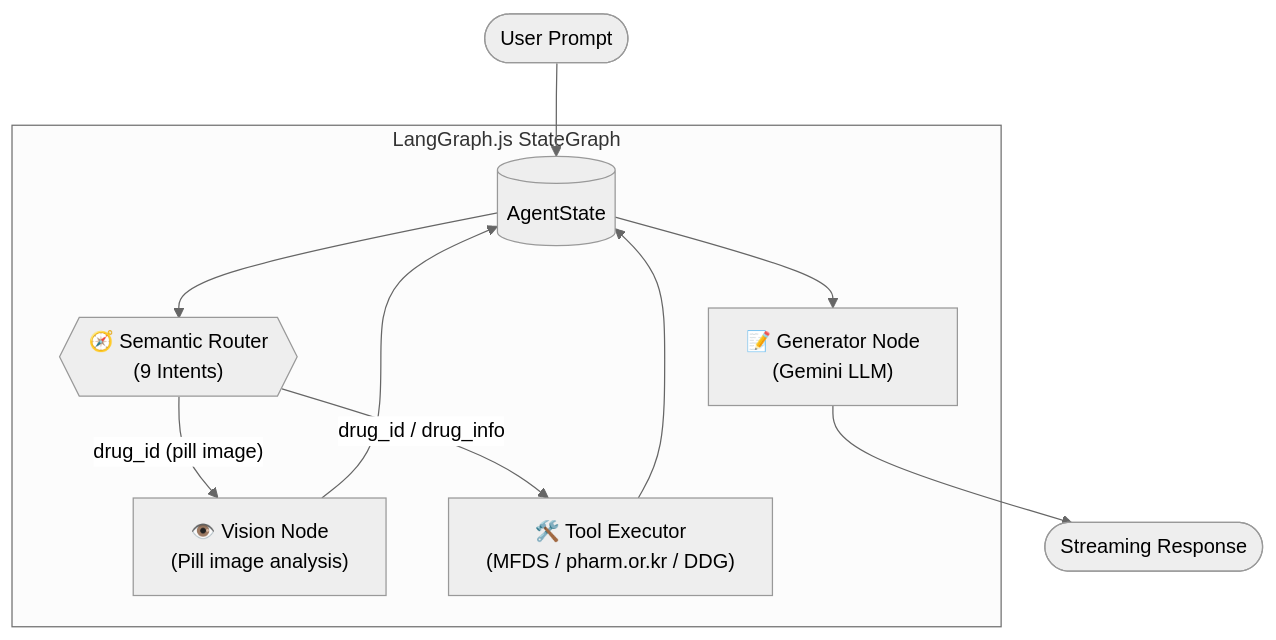
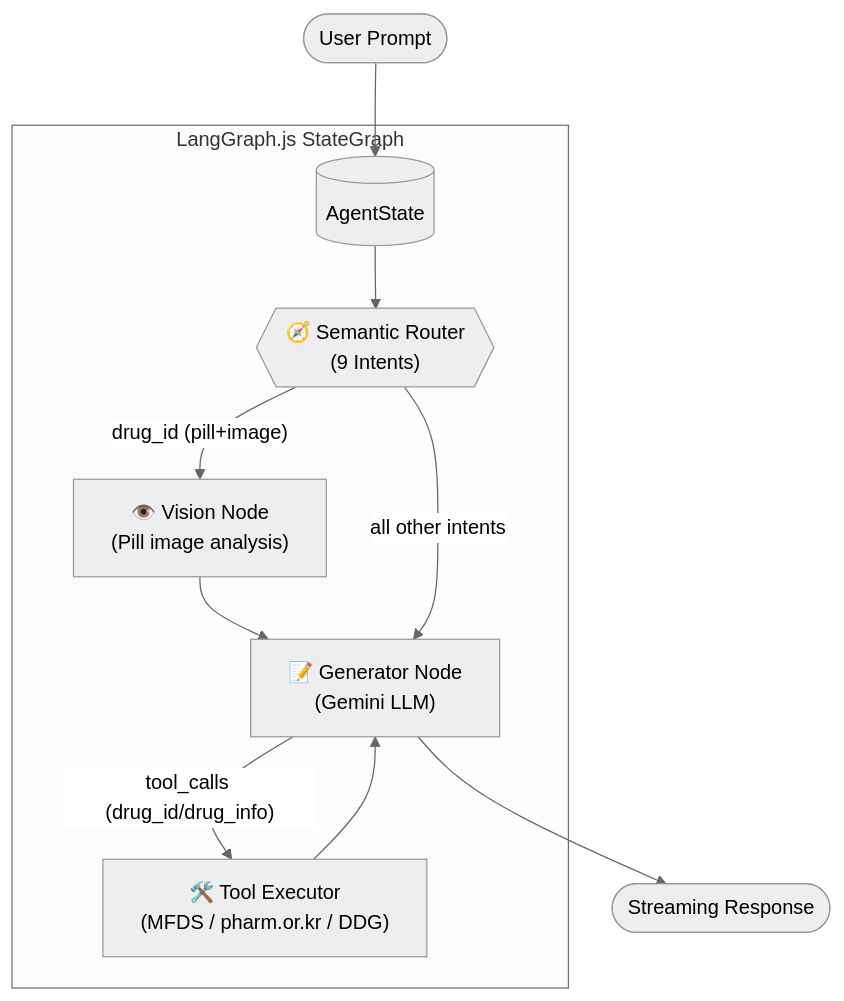
One commit to jpjp92/chat-agent changed the second of 2 diagrams in README.md. Above: the diagram before and after it, drawn with Mermaid (neutral theme). The commit also changed other lines of this file and 10 other files, not shown here.

````diff
--- a/README.md
+++ b/README.md
@@ -88,19 +88,20 @@
 ```mermaid
 flowchart TB
     User([User Prompt])
 
     subgraph StateGraph ["LangGraph.js StateGraph"]
         StateNode[("AgentState")]
         RouterNode{{"🧭 Semantic Router\n(9 Intents)"}}
         Vision["👁️ Vision Node\n(Pill image analysis)"]
-        ToolExecutor["🛠️ Tool Executor\n(MFDS / pharm.or.kr / DDG)"]
+        Tools["🛠️ Tool Executor\n(MFDS / pharm.or.kr / DDG)"]
         Generator["📝 Generator Node\n(Gemini LLM)"]
     end
 
     Output([Streaming Response])
 
     User --> StateNode --> RouterNode
-    RouterNode -- "drug_id (pill image)" --> Vision --> StateNode
-    RouterNode -- "drug_id / drug_info" --> ToolExecutor --> StateNode
-    StateNode --> Generator --> Output
+    RouterNode -- "drug_id (pill+image)" --> Vision --> Generator
+    RouterNode -- "all other intents" --> Generator
+    Generator -- "tool_calls (drug_id/drug_info)" --> Tools --> Generator
+    Generator --> Output
 ```
````
